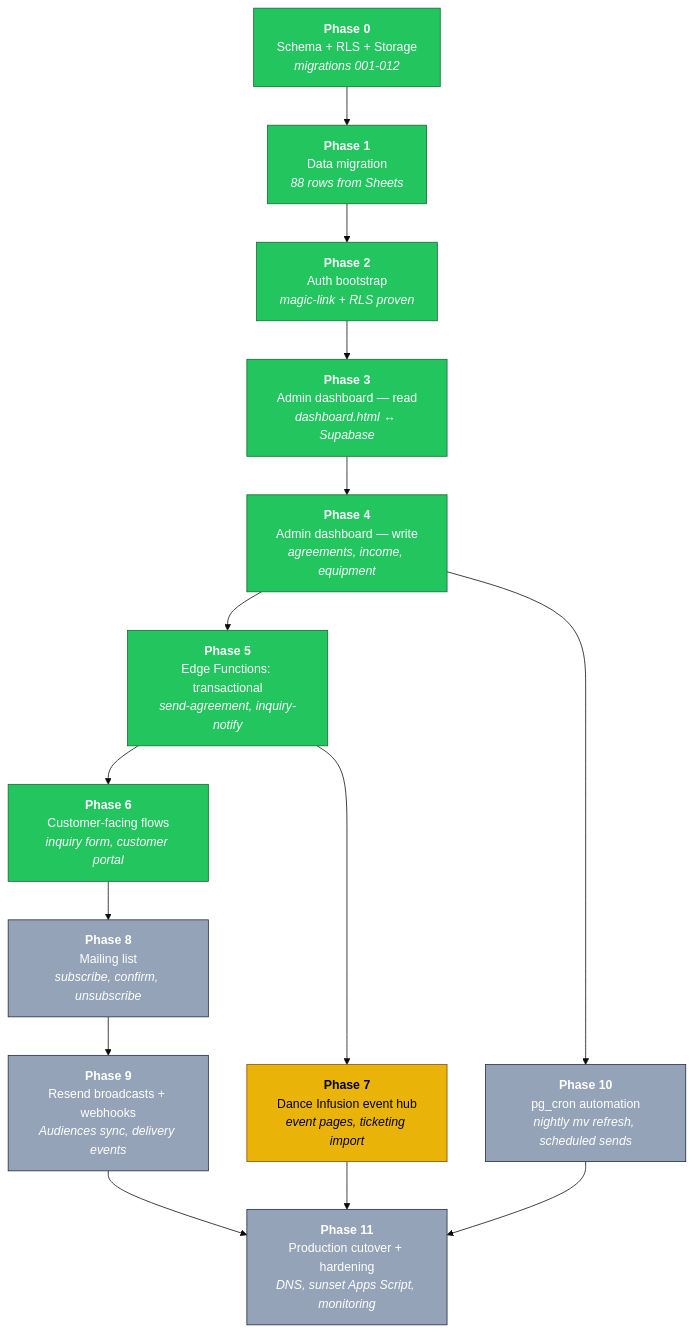
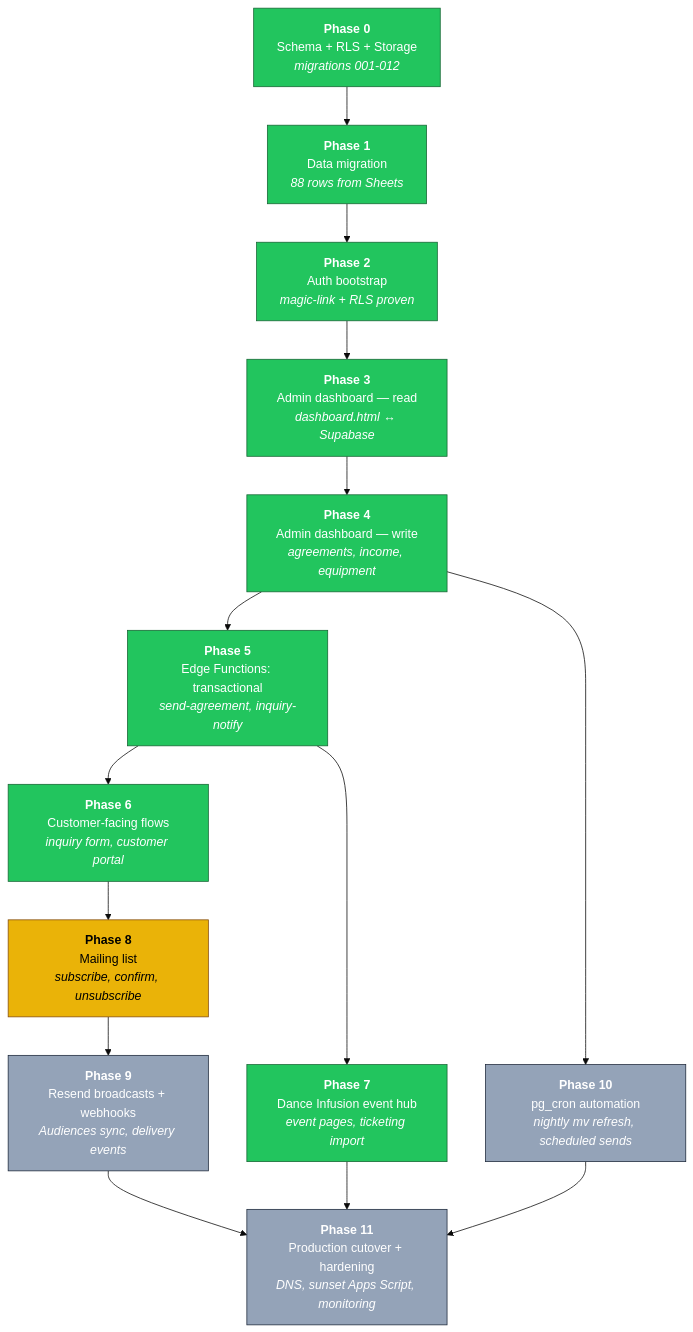
One commit to Berkythe4/comewith changed the first of 2 diagrams in ROADMAP.md. Above: the diagram before and after it, drawn with Mermaid (base theme). The commit also changed other lines of this file and 1 other file, not shown here.

Commit message:
Phase 7 close: update roadmap status (P7 done, P8 next)

````diff
--- a/ROADMAP.md
+++ b/ROADMAP.md
@@ -21,33 +21,33 @@
 ```mermaid
 flowchart TD
     classDef done fill:#22c55e,stroke:#166534,color:#fff
     classDef next fill:#eab308,stroke:#854d0e,color:#000
     classDef planned fill:#94a3b8,stroke:#1e293b,color:#fff
 
     P0["<b>Phase 0</b><br/>Schema + RLS + Storage<br/><i>migrations 001-012</i>"]
     P1["<b>Phase 1</b><br/>Data migration<br/><i>88 rows from Sheets</i>"]
     P2["<b>Phase 2</b><br/>Auth bootstrap<br/><i>magic-link + RLS proven</i>"]
     P3["<b>Phase 3</b><br/>Admin dashboard — read<br/><i>dashboard.html ↔ Supabase</i>"]
     P4["<b>Phase 4</b><br/>Admin dashboard — write<br/><i>agreements, income, equipment</i>"]
     P5["<b>Phase 5</b><br/>Edge Functions: transactional<br/><i>send-agreement, inquiry-notify</i>"]
     P6["<b>Phase 6</b><br/>Customer-facing flows<br/><i>inquiry form, customer portal</i>"]
     P7["<b>Phase 7</b><br/>Dance Infusion event hub<br/><i>event pages, ticketing import</i>"]
     P8["<b>Phase 8</b><br/>Mailing list<br/><i>subscribe, confirm, unsubscribe</i>"]
     P9["<b>Phase 9</b><br/>Resend broadcasts + webhooks<br/><i>Audiences sync, delivery events</i>"]
     P10["<b>Phase 10</b><br/>pg_cron automation<br/><i>nightly mv refresh, scheduled sends</i>"]
     P11["<b>Phase 11</b><br/>Production cutover + hardening<br/><i>DNS, sunset Apps Script, monitoring</i>"]
 
     P0 --> P1 --> P2 --> P3 --> P4 --> P5
     P5 --> P6
     P5 --> P7
     P6 --> P8
     P8 --> P9
     P4 --> P10
     P9 --> P11
     P10 --> P11
     P7 --> P11
 
-    class P0,P1,P2,P3,P4,P5,P6 done
-    class P7 next
-    class P8,P9,P10,P11 planned
+    class P0,P1,P2,P3,P4,P5,P6,P7 done
+    class P8 next
+    class P9,P10,P11 planned
 ```
````
